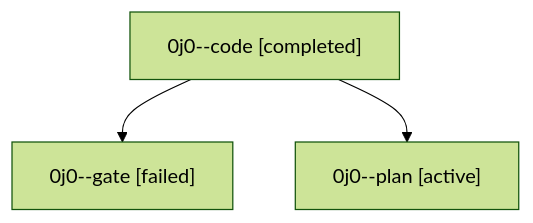
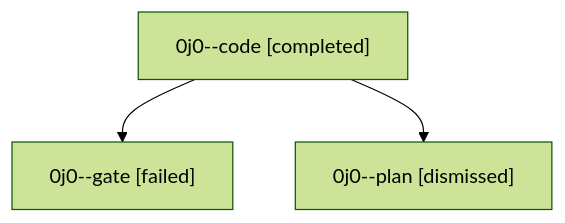
The diagram in sessions/bbugyi200.athena.0j0.md (sase-org/sase--agents), drawn with Mermaid (forest theme) before and after one commit. The commit also changed other lines of this file and 50 other files, not shown here.

````diff
--- a/sessions/bbugyi200.athena.0j0.md
+++ b/sessions/bbugyi200.athena.0j0.md
@@ -9,8 +9,8 @@
 ```mermaid
 flowchart TD
   n0["0j0--code [completed]"]
   n1["0j0--gate [failed]"]
   n0 --> n1
-  n2["0j0--plan [active]"]
+  n2["0j0--plan [dismissed]"]
   n0 --> n2
 ```
````
